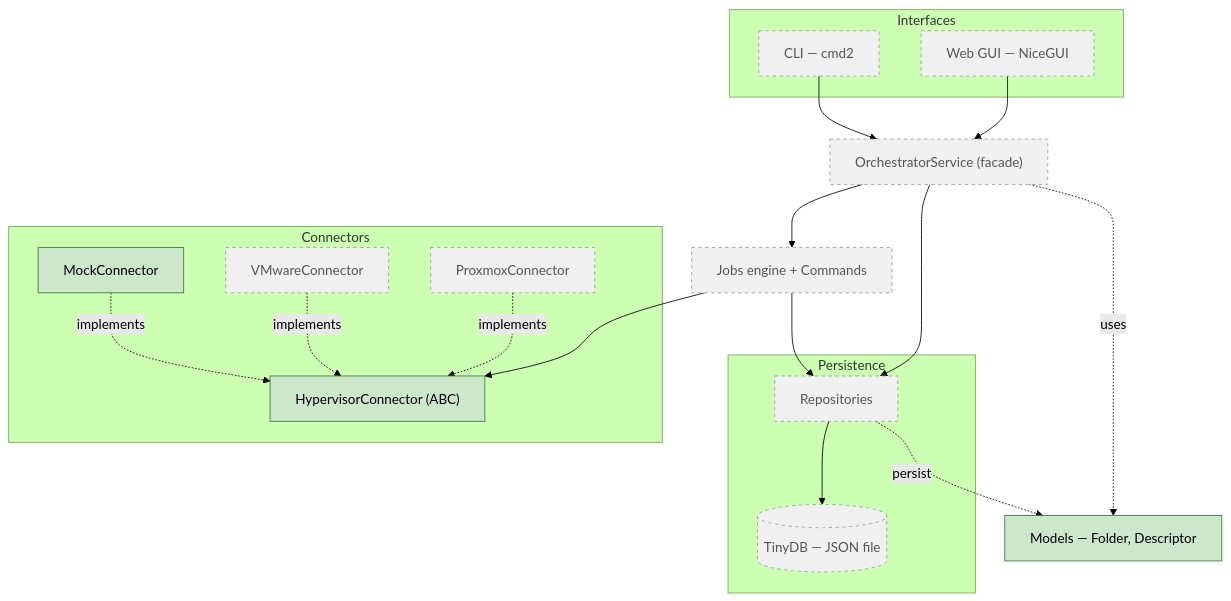
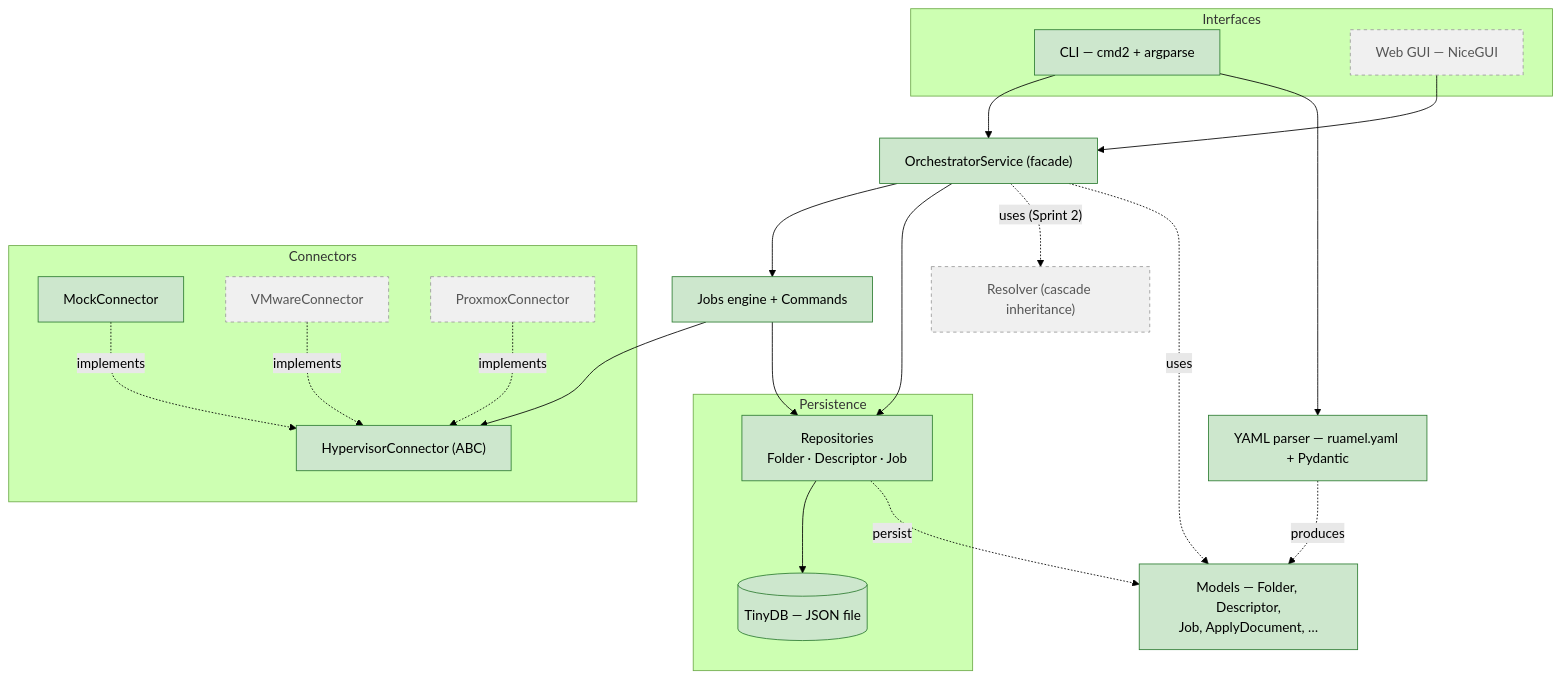
The fourth of 6 diagrams in docs/diagrams.md (clamaveruma/univorch), drawn with Mermaid (forest theme) before and after one commit. The commit also changed other lines of this file and 4 other files, not shown here.

````diff
--- a/docs/diagrams.md
+++ b/docs/diagrams.md
@@ -142,40 +144,45 @@
 ```mermaid
 flowchart TD
     subgraph Interfaces
-        CLI["CLI — cmd2"]:::pending
+        CLI["CLI — cmd2 + argparse"]:::done
         Web["Web GUI — NiceGUI"]:::pending
     end
 
-    Service["OrchestratorService (facade)"]:::pending
-    Jobs["Jobs engine + Commands"]:::pending
+    Service["OrchestratorService (facade)"]:::done
+    Parser["YAML parser — ruamel.yaml + Pydantic"]:::done
+    Jobs["Jobs engine + Commands"]:::done
 
     subgraph Persistence
-        Repos["Repositories"]:::pending
-        DB[("TinyDB — JSON file")]:::pending
+        Repos["Repositories<br/>Folder · Descriptor · Job"]:::done
+        DB[("TinyDB — JSON file")]:::done
     end
 
     subgraph Connectors
         ABC["HypervisorConnector (ABC)"]:::done
         Mock["MockConnector"]:::done
         VMware["VMwareConnector"]:::pending
         Proxmox["ProxmoxConnector"]:::pending
     end
 
-    Models["Models — Folder, Descriptor"]:::done
+    Models["Models — Folder, Descriptor,<br/>Job, ApplyDocument, …"]:::done
+    Resolver["Resolver (cascade inheritance)"]:::pending
 
     CLI --> Service
     Web --> Service
+    CLI --> Parser
     Service --> Jobs
     Service --> Repos
+    Service -.uses (Sprint 2).-> Resolver
     Jobs --> ABC
     Jobs --> Repos
     Repos --> DB
     Mock -.implements.-> ABC
     VMware -.implements.-> ABC
     Proxmox -.implements.-> ABC
     Service -.uses.-> Models
+    Parser -.produces.-> Models
     Repos -.persist.-> Models
 
     classDef done fill:#cde7cd,stroke:#2e7d32,color:#000;
     classDef pending fill:#f0f0f0,stroke:#999,stroke-dasharray:4 4,color:#555;
 ```
````
